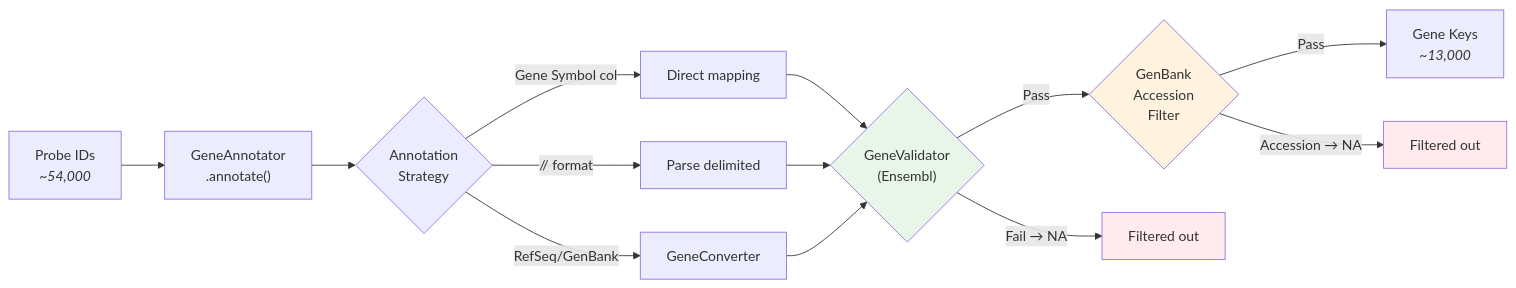
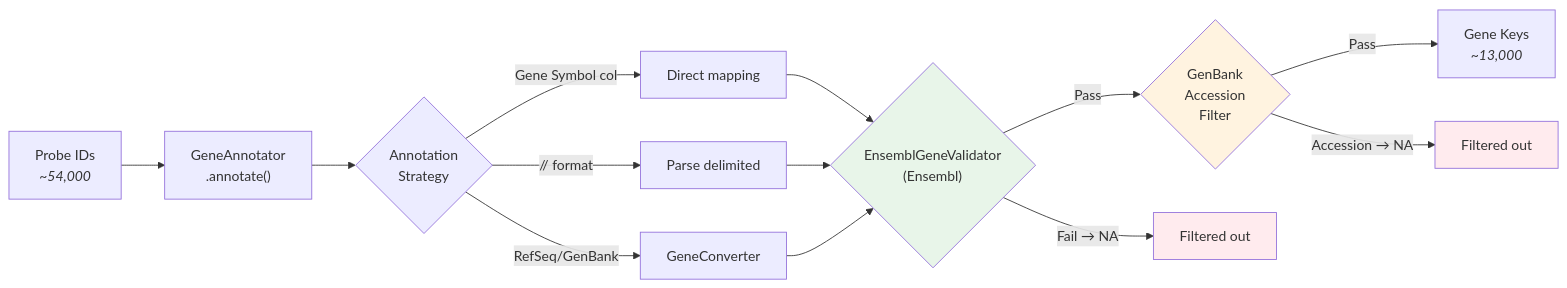
Before and after one commit to Khatri-Lab/metaintegrator_py: the third of 4 diagrams in docs/architecture.md, drawn with Mermaid. The commit also changed other lines of this file and 34 other files, not shown here.

````diff
--- a/docs/architecture.md
+++ b/docs/architecture.md
@@ -161,24 +175,24 @@
 ```mermaid
 flowchart LR
     Probes["Probe IDs<br/><i>~54,000</i>"] --> Annotator["GeneAnnotator<br/>.annotate()"]
 
     Annotator --> Strategy{"Annotation<br/>Strategy"}
     Strategy -->|"Gene Symbol col"| Direct["Direct mapping"]
     Strategy -->|"// format"| Parse["Parse delimited"]
     Strategy -->|"RefSeq/GenBank"| Convert["GeneConverter"]
 
-    Direct --> Validate{"GeneValidator<br/>(Ensembl)"}
+    Direct --> Validate{"EnsemblGeneValidator<br/>(Ensembl)"}
     Parse --> Validate
     Convert --> Validate
 
     Validate -->|"Pass"| GenBank{"GenBank<br/>Accession<br/>Filter"}
     Validate -->|"Fail → NA"| Dropped1["Filtered out"]
 
     GenBank -->|"Pass"| Keys["Gene Keys<br/><i>~13,000</i>"]
     GenBank -->|"Accession → NA"| Dropped2["Filtered out"]
 
     style Validate fill:#e8f5e9
     style GenBank fill:#fff3e0
     style Dropped1 fill:#ffebee
     style Dropped2 fill:#ffebee
 ```
````
